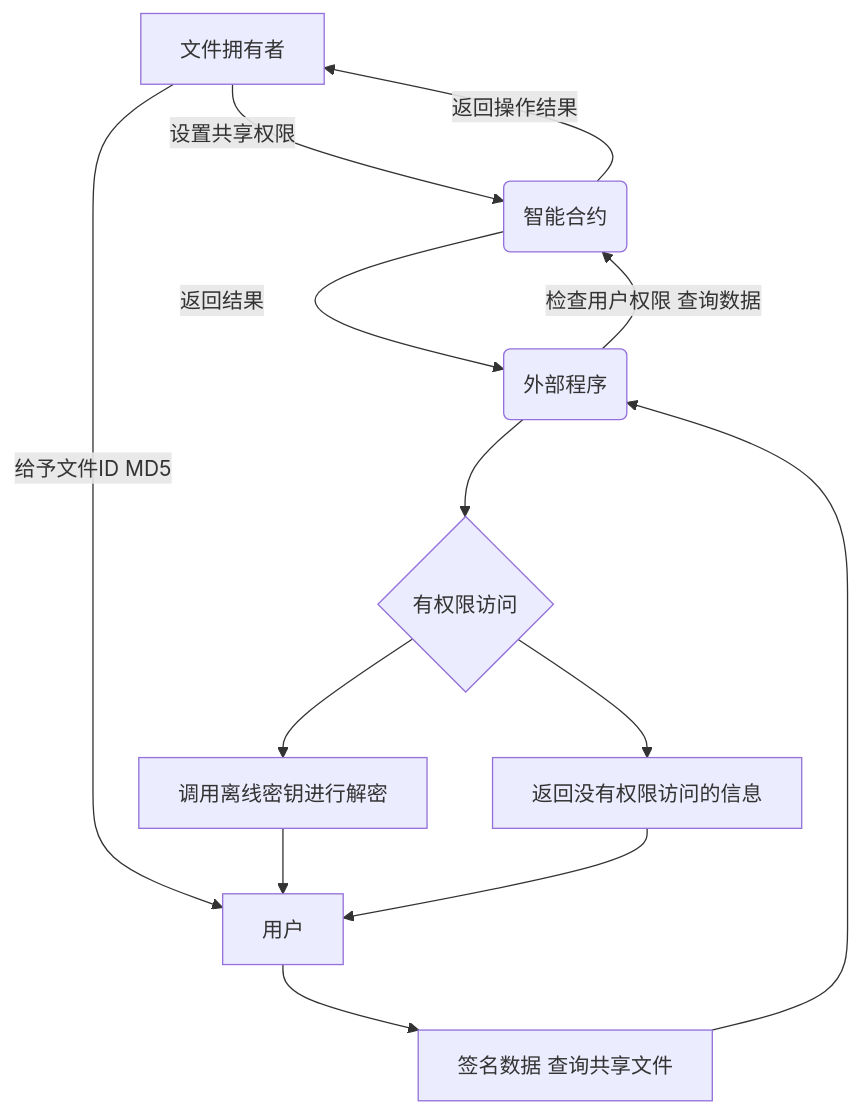
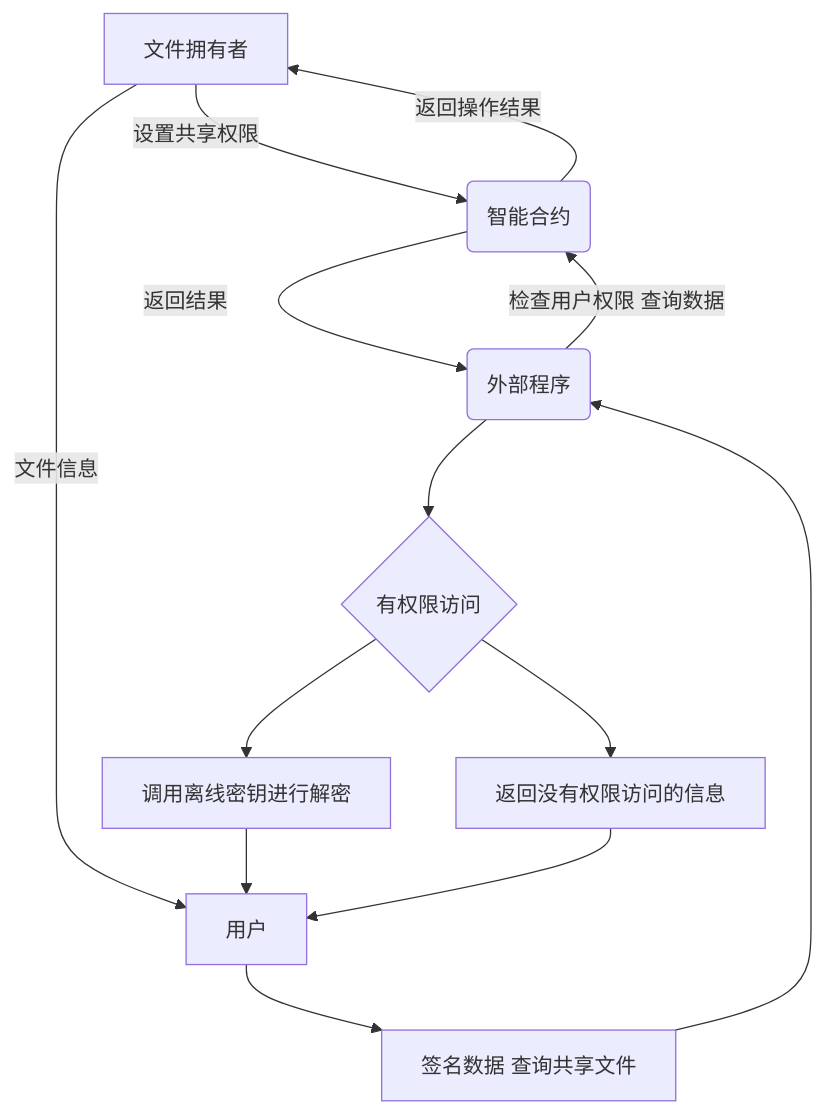
One commit to MoyunRz/store-data changed the fourth of 5 diagrams in doc/合约存取共享.md. Above: the diagram before and after it, drawn with Mermaid.

Commit message:
修改流程图

````diff
--- a/doc/合约存取共享.md
+++ b/doc/合约存取共享.md
@@ -90,14 +90,14 @@
 ```mermaid
 graph TD;
     A[文件拥有者] -->|设置共享权限| B(智能合约)
     B -->|返回操作结果| A
-    A -->|给予文件ID MD5| C
+    A -->|文件信息| C
     C[用户] --> D["签名数据 查询共享文件"] 
     D --> E(外部程序)
     E -->|检查用户权限 查询数据| B(智能合约)
     B -->|返回结果|E
     E--> G{有权限访问} 
     G --> I["调用离线密钥进行解密"] --> C
     G --> J["返回没有权限访问的信息"]--> C
 
 ```
````
